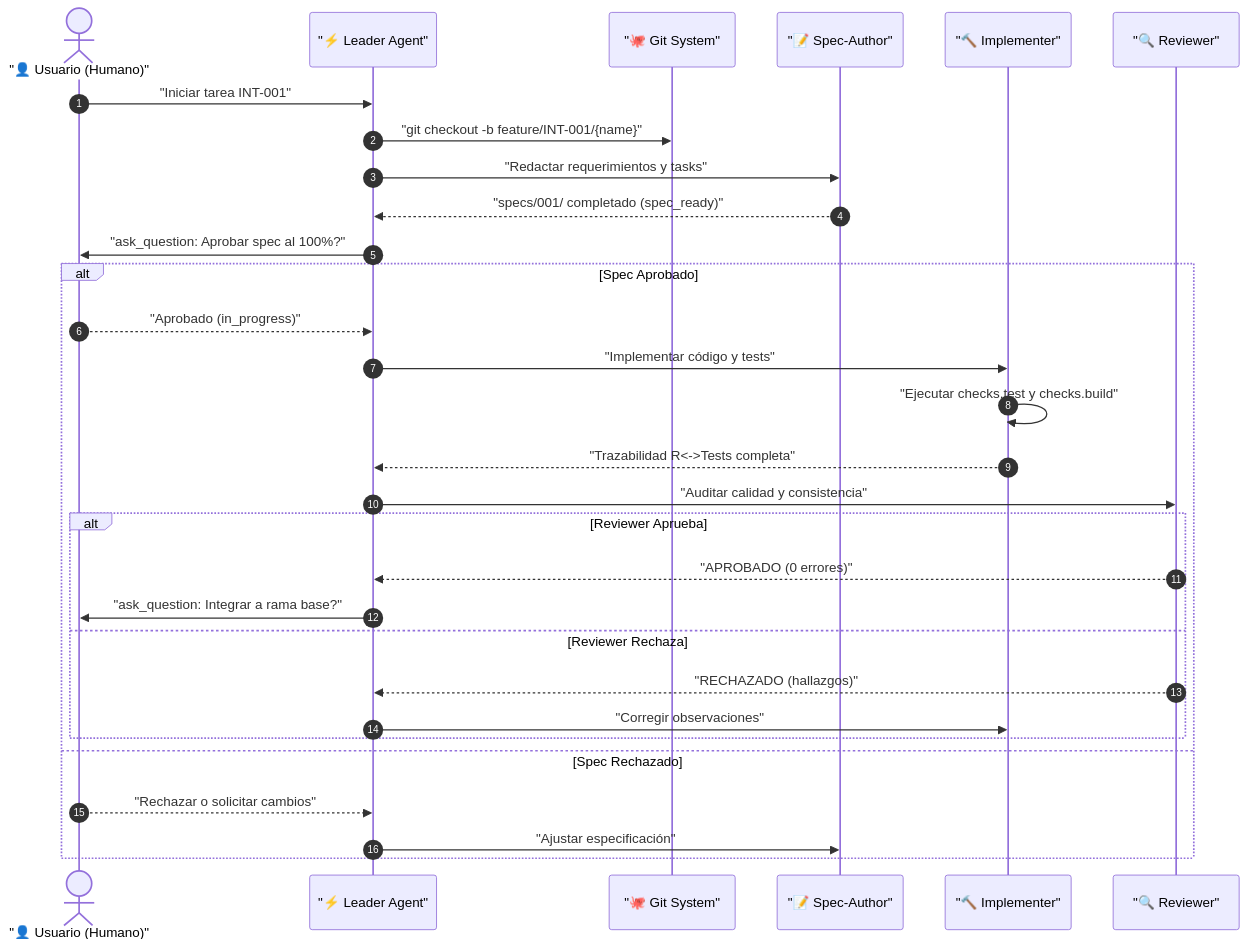
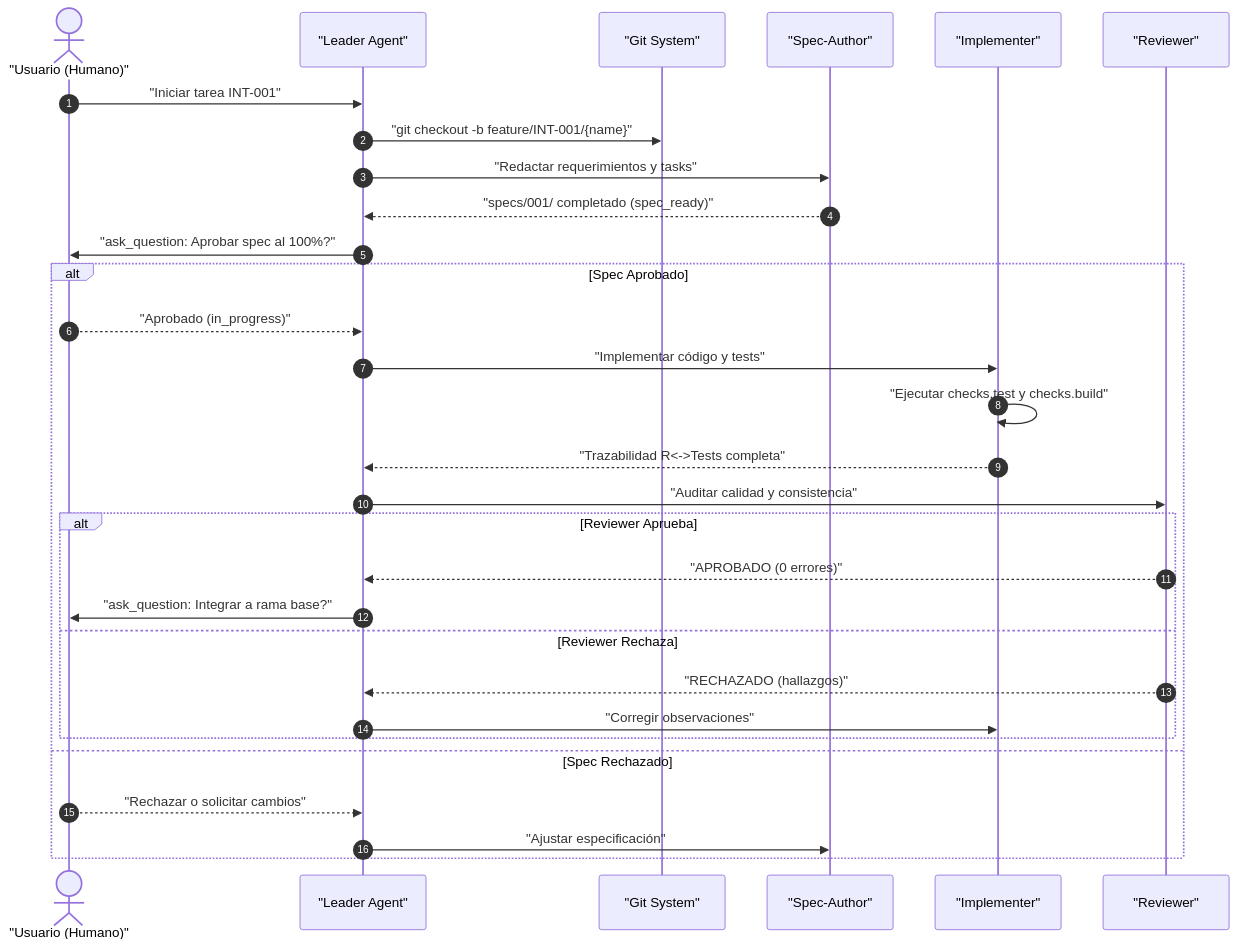
The second of 4 diagrams in project-docs/knowledge/uml-diagrams.md (Nayid4/ContextForge), drawn with Mermaid before and after one commit. The commit also changed other lines of this file and 32 other files, not shown here.

````diff
--- a/project-docs/knowledge/uml-diagrams.md
+++ b/project-docs/knowledge/uml-diagrams.md
@@ -71,33 +71,33 @@
 ```mermaid
 sequenceDiagram
   autonumber
-  actor User as "👤 Usuario (Humano)"
-  participant Leader as "⚡ Leader Agent"
-  participant Git as "🐙 Git System"
-  participant SpecAuthor as "📝 Spec-Author"
-  participant Implementer as "🔨 Implementer"
-  participant Reviewer as "🔍 Reviewer"
+  actor User as "Usuario (Humano)"
+  participant Leader as "Leader Agent"
+  participant Git as "Git System"
+  participant SpecAuthor as "Spec-Author"
+  participant Implementer as "Implementer"
+  participant Reviewer as "Reviewer"
 
   User->>Leader: "Iniciar tarea INT-001"
   Leader->>Git: "git checkout -b feature/INT-001/{name}"
   Leader->>SpecAuthor: "Redactar requerimientos y tasks"
   SpecAuthor-->>Leader: "specs/001/ completado (spec_ready)"
   Leader->>User: "ask_question: Aprobar spec al 100%?"
   alt Spec Aprobado
     User-->>Leader: "Aprobado (in_progress)"
     Leader->>Implementer: "Implementar código y tests"
     Implementer->>Implementer: "Ejecutar checks.test y checks.build"
     Implementer-->>Leader: "Trazabilidad R<->Tests completa"
     Leader->>Reviewer: "Auditar calidad y consistencia"
     alt Reviewer Aprueba
       Reviewer-->>Leader: "APROBADO (0 errores)"
       Leader->>User: "ask_question: Integrar a rama base?"
     else Reviewer Rechaza
       Reviewer-->>Leader: "RECHAZADO (hallazgos)"
       Leader->>Implementer: "Corregir observaciones"
     end
   else Spec Rechazado
     User-->>Leader: "Rechazar o solicitar cambios"
     Leader->>SpecAuthor: "Ajustar especificación"
   end
 ```
````
